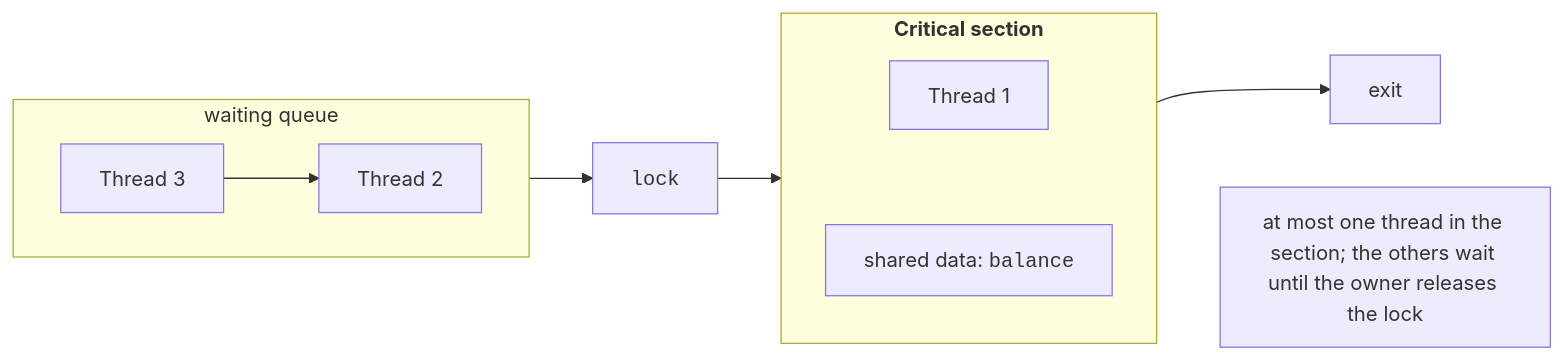
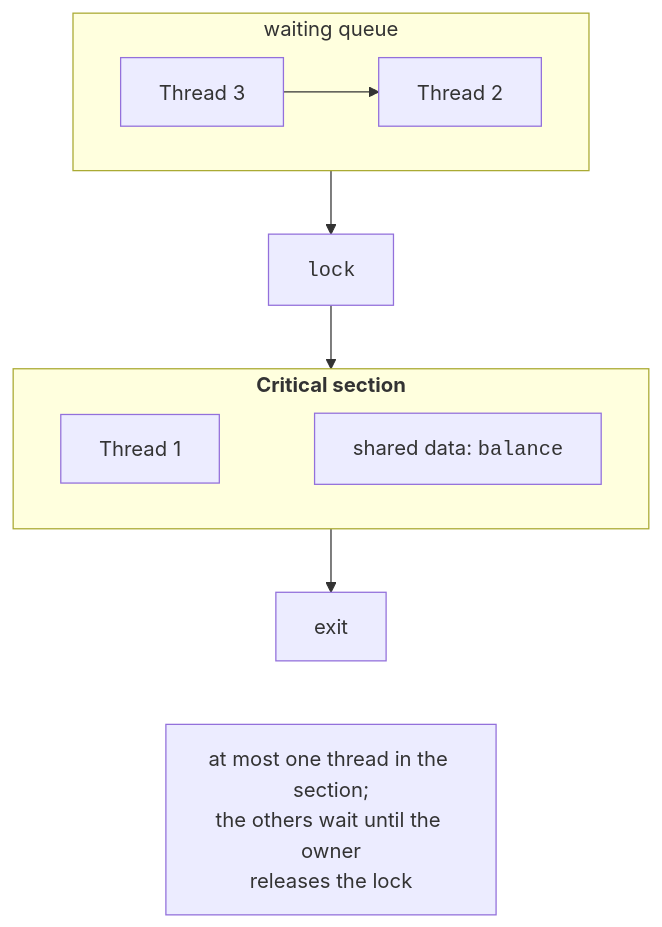
The second of 2 diagrams in src/courses/parallel/03-synchronization/race-conditions.md (musicvano/Blog), drawn with Mermaid before and after one commit. The commit also changed other lines of this file and 583 other files, not shown here.

````diff
--- a/src/courses/parallel/03-synchronization/race-conditions.md
+++ b/src/courses/parallel/03-synchronization/race-conditions.md
@@ -78,15 +78,15 @@
 ```mermaid
-flowchart LR
+flowchart TB
   subgraph Q["waiting queue"]
     direction LR
     T3["Thread 3"] --> T2["Thread 2"]
   end
   Q --> LOCK["<code>lock</code>"]
   LOCK --> CS
   subgraph CS["<b>Critical section</b>"]
-    direction TB
+    direction LR
     T1["Thread 1"] ~~~ SD["shared data: <code>balance</code>"]
   end
   CS --> EXIT["exit"]
-  CS ~~~ NOTE["at most one thread in the section; the others wait until the owner releases the lock"]
+  EXIT ~~~ NOTE["at most one thread in the section;<br>the others wait until the owner<br>releases the lock"]
 ```
````
